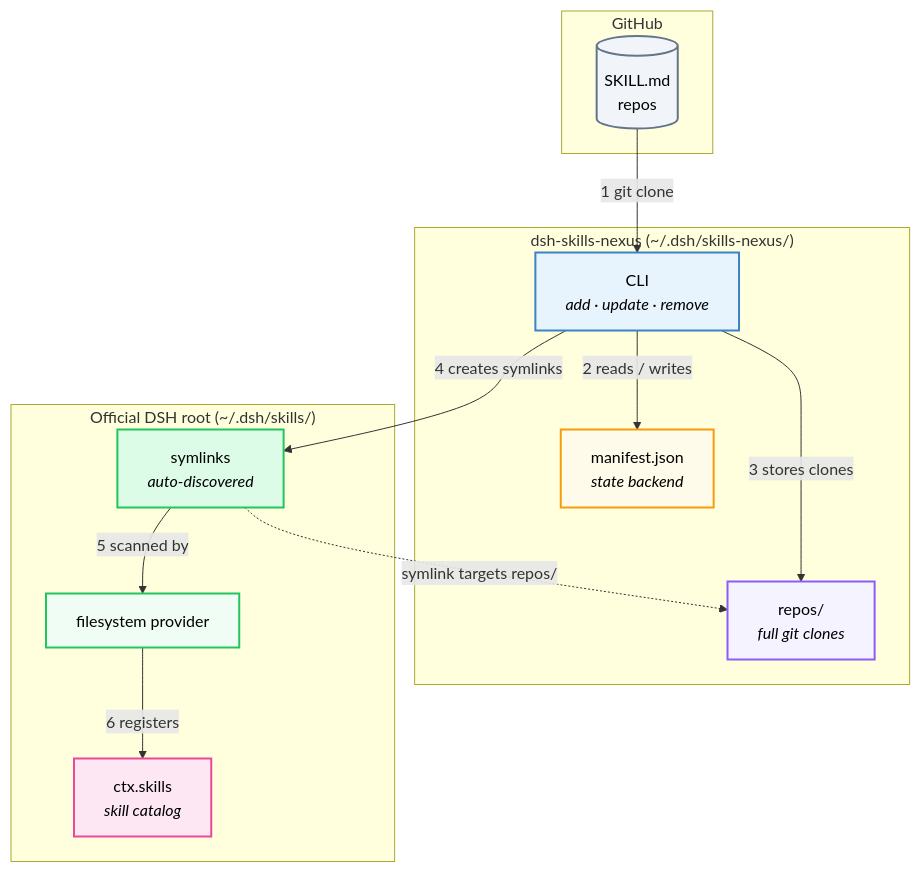
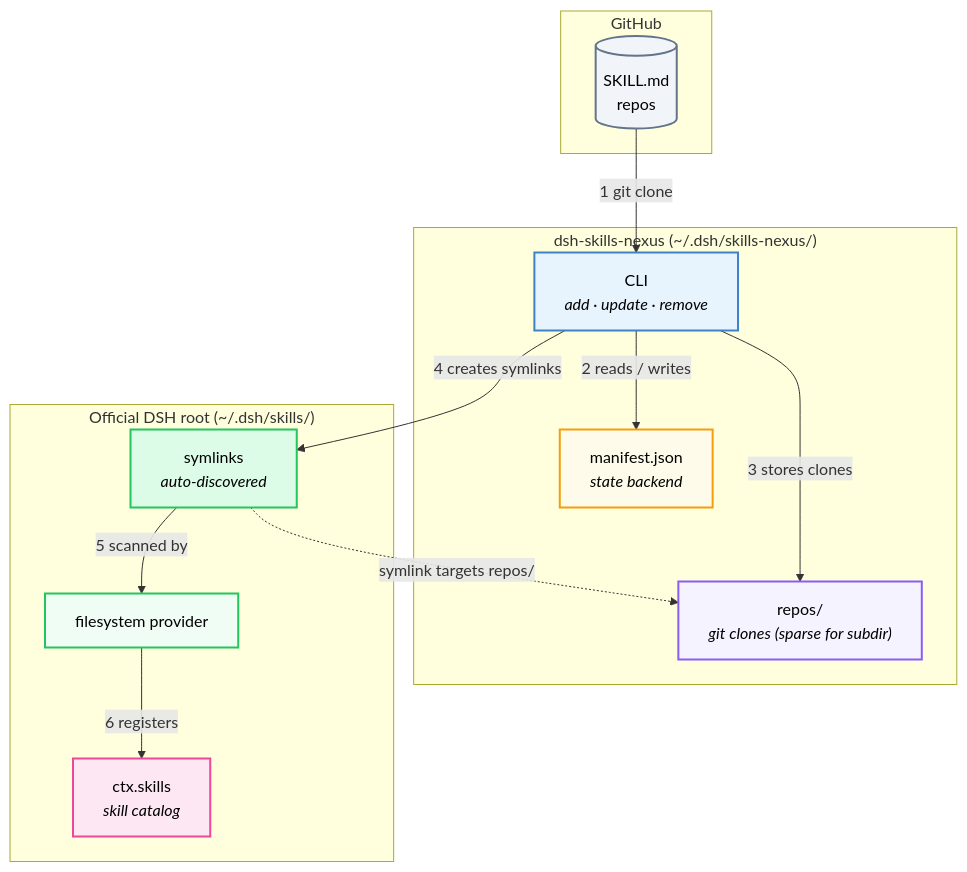
Before and after one commit to xiaxi626/dsh-skills-nexus: the diagram in docs/ARCHITECTURE.md, drawn with Mermaid. The commit also changed other lines of this file and 7 other files, not shown here.

````diff
--- a/docs/ARCHITECTURE.md
+++ b/docs/ARCHITECTURE.md
@@ -10,34 +10,34 @@
 ```mermaid
 flowchart TD
     subgraph SRC["GitHub"]
         G[("SKILL.md<br/>repos")]
     end
 
     subgraph NEXUS["dsh-skills-nexus  (~/.dsh/skills-nexus/)"]
         A["CLI<br/><i>add · update · remove</i>"]
         M["manifest.json<br/><i>state backend</i>"]
-        R["repos/<br/><i>full git clones</i>"]
+        R["repos/<br/><i>git clones (sparse for subdir)</i>"]
     end
 
     subgraph DSH["Official DSH root  (~/.dsh/skills/)"]
         L["symlinks<br/><i>auto-discovered</i>"]
         P["filesystem provider"]
         C["ctx.skills<br/><i>skill catalog</i>"]
     end
 
     G -->|"1  git clone"| A
     A -->|"2  reads / writes"| M
     A -->|"3  stores clones"| R
     A -->|"4  creates symlinks"| L
     L -.->|"symlink targets repos/"| R
     L -->|"5  scanned by"| P
     P -->|"6  registers"| C
 
     style A fill:#e8f4fd,stroke:#3b82c6,stroke-width:2px,color:#000
     style P fill:#f0fdf4,stroke:#22c55e,stroke-width:2px,color:#000
     style M fill:#fffbeb,stroke:#f59e0b,stroke-width:2px,color:#000
     style R fill:#f5f3ff,stroke:#8b5cf6,stroke-width:2px,color:#000
     style L fill:#dcfce7,stroke:#22c55e,stroke-width:2px,color:#000
     style C fill:#fce7f3,stroke:#ec4899,stroke-width:2px,color:#000
     style G fill:#f1f5f9,stroke:#64748b,stroke-width:2px,color:#000
 ```
````
